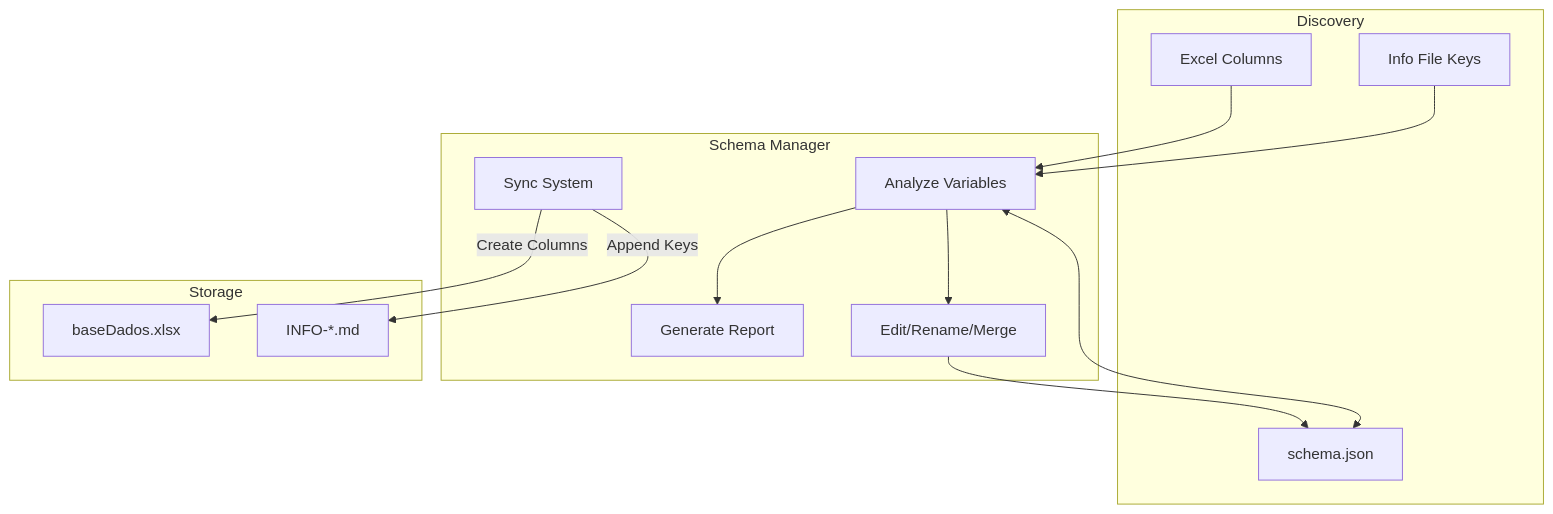
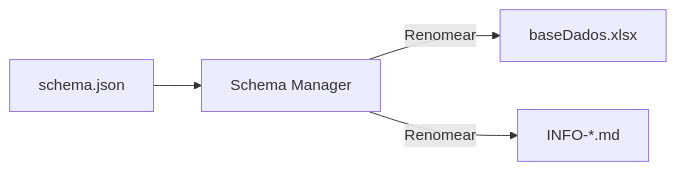
The fourth of 6 diagrams in docs/Pipelines.md (LAMP-LUCAS/fotonSystem), drawn with Mermaid before and after one commit. The commit also changed other lines of this file and 67 other files, not shown here.

````diff
--- a/docs/Pipelines.md
+++ b/docs/Pipelines.md
@@ -151,31 +132,6 @@
 ```mermaid
-flowchart TD
-    subgraph Discovery
-        Excel[Excel Columns]
-        Info[Info File Keys]
-        Schema[schema.json]
-    end
-
-    subgraph Manager [Schema Manager]
-        Analyze[Analyze Variables]
-        Report[Generate Report]
-        Edit[Edit/Rename/Merge]
-        Sync[Sync System]
-    end
-
-    subgraph Storage
-        DB[baseDados.xlsx]
-        Files[INFO-*.md]
-    end
-
-    Excel --> Analyze
-    Info --> Analyze
-    Schema <--> Analyze
-    
-    Analyze --> Report
-    Analyze --> Edit
-    Edit --> Schema
-    
-    Sync --> |Create Columns| DB
-    Sync --> |Append Keys| Files
+flowchart LR
+    Schema[schema.json] --> Manager[Schema Manager]
+    Manager -->|"Renomear"| Excel[baseDados.xlsx]
+    Manager -->|"Renomear"| Files[INFO-*.md]
 ```
````
